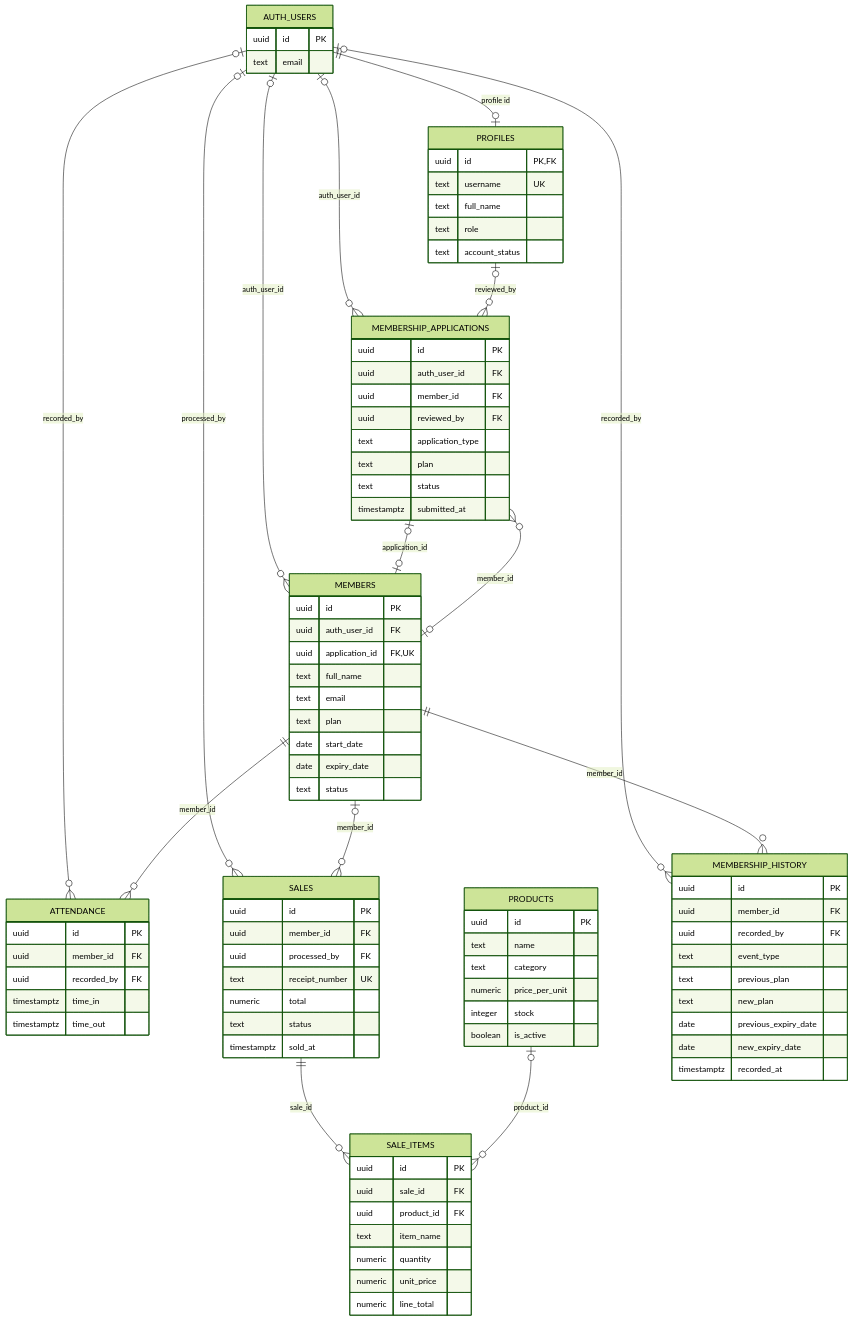
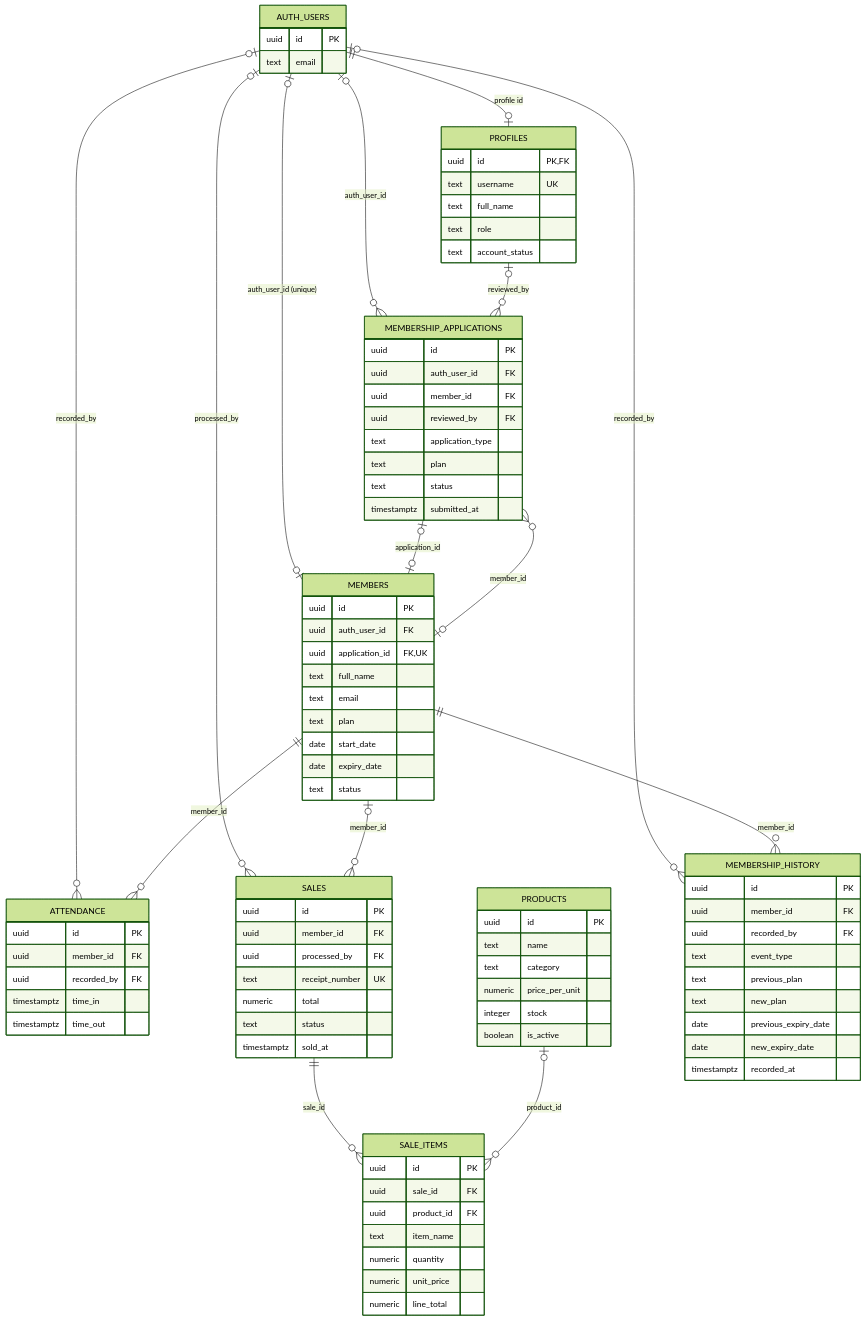
The diagram in Documentations/iron-grind-erd-simplified.mmd (IronGrind/irongrind.github.io), drawn with Mermaid (forest theme) before and after one commit. The commit also changed 3 other files, not shown here.

Commit message:
Auto-commit: Documentations/IronGrind_Chapter_3_Revised.md, Documentations/iron-grind-erd-corrected.mmd, Documentations/iron-grind-erd-explanation.md, Documentations/iron-grind-erd-simplified.mmd at 10/27/2026, 2:15:26 PM

```diff
--- a/Documentations/iron-grind-erd-simplified.mmd
+++ b/Documentations/iron-grind-erd-simplified.mmd
@@ -1,105 +1,105 @@
 erDiagram
     %% Simplified documentation view: key fields and confirmed core relationships.
     %% Compatibility columns and non-relational detail fields are omitted for readability.
     %% Supabase Auth is shown as AUTH_USERS; it is managed outside the public schema.
 
     AUTH_USERS {
         uuid id PK
         text email
     }
 
     PROFILES {
         uuid id PK,FK
         text username UK
         text full_name
         text role
         text account_status
     }
 
     MEMBERSHIP_APPLICATIONS {
         uuid id PK
         uuid auth_user_id FK
         uuid member_id FK
         uuid reviewed_by FK
         text application_type
         text plan
         text status
         timestamptz submitted_at
     }
 
     MEMBERS {
         uuid id PK
         uuid auth_user_id FK
         uuid application_id FK,UK
         text full_name
         text email
         text plan
         date start_date
         date expiry_date
         text status
     }
 
     ATTENDANCE {
         uuid id PK
         uuid member_id FK
         uuid recorded_by FK
         timestamptz time_in
         timestamptz time_out
     }
 
     PRODUCTS {
         uuid id PK
         text name
         text category
         numeric price_per_unit
         integer stock
         boolean is_active
     }
 
     SALES {
         uuid id PK
         uuid member_id FK
         uuid processed_by FK
         text receipt_number UK
         numeric total
         text status
         timestamptz sold_at
     }
 
     SALE_ITEMS {
         uuid id PK
         uuid sale_id FK
         uuid product_id FK
         text item_name
         numeric quantity
         numeric unit_price
         numeric line_total
     }
 
     MEMBERSHIP_HISTORY {
         uuid id PK
         uuid member_id FK
         uuid recorded_by FK
         text event_type
         text previous_plan
         text new_plan
         date previous_expiry_date
         date new_expiry_date
         timestamptz recorded_at
     }
 
     AUTH_USERS ||--o| PROFILES : "profile id"
-    AUTH_USERS o|--o{ MEMBERS : "auth_user_id"
+    AUTH_USERS o|--o| MEMBERS : "auth_user_id (unique)"
     AUTH_USERS o|--o{ MEMBERSHIP_APPLICATIONS : "auth_user_id"
     AUTH_USERS o|--o{ ATTENDANCE : "recorded_by"
     AUTH_USERS o|--o{ SALES : "processed_by"
     AUTH_USERS o|--o{ MEMBERSHIP_HISTORY : "recorded_by"
 
     PROFILES o|--o{ MEMBERSHIP_APPLICATIONS : "reviewed_by"
     MEMBERS o|--o{ MEMBERSHIP_APPLICATIONS : "member_id"
     MEMBERSHIP_APPLICATIONS o|--o| MEMBERS : "application_id"
     MEMBERS ||--o{ ATTENDANCE : "member_id"
     MEMBERS o|--o{ SALES : "member_id"
     MEMBERS ||--o{ MEMBERSHIP_HISTORY : "member_id"
     SALES ||--o{ SALE_ITEMS : "sale_id"
     PRODUCTS o|--o{ SALE_ITEMS : "product_id"
```
